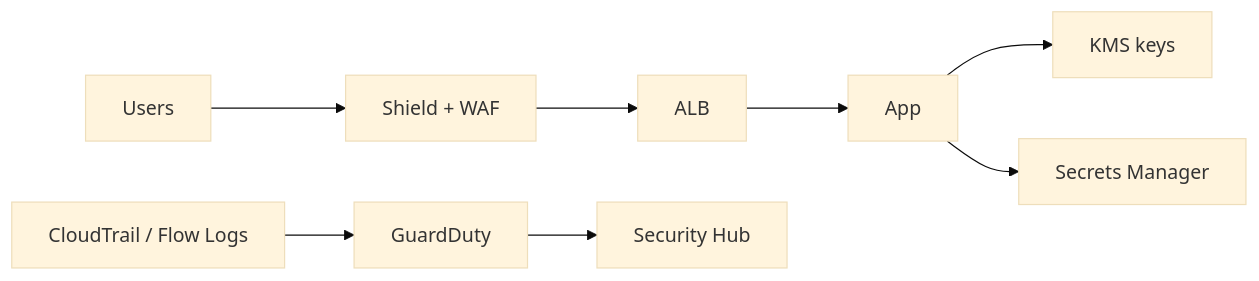
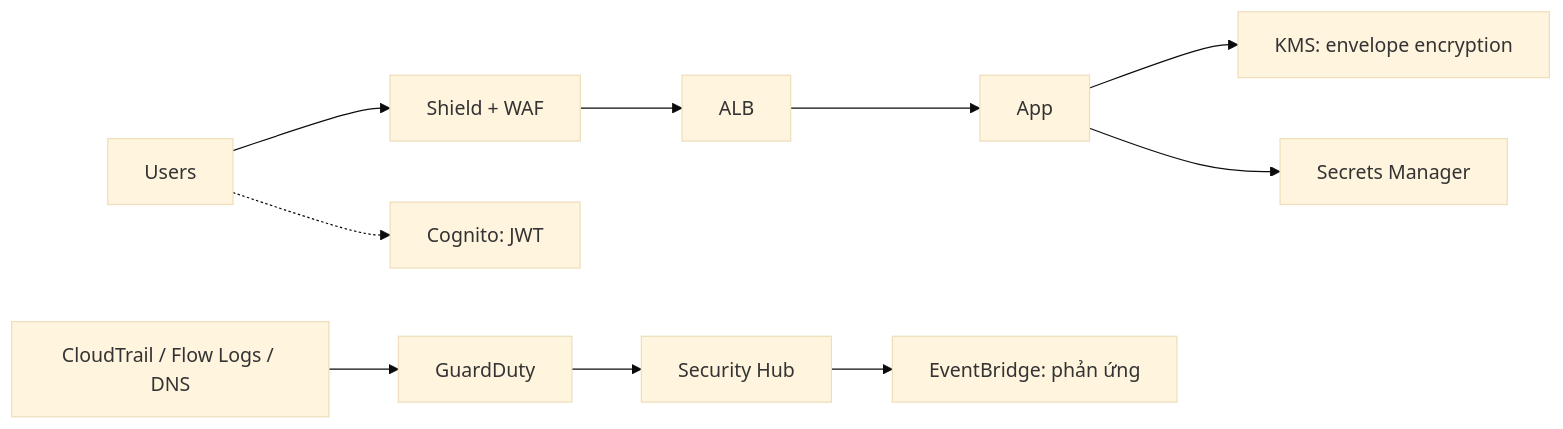
Before and after one commit to passion-Infinity/personal-tech-playbook: the diagram in src/assets/knowledge/playbooks/aws/aws-security-services.md, drawn with Mermaid (base theme). The commit also changed other lines of this file and 6 other files, not shown here.

````diff
--- a/src/assets/knowledge/playbooks/aws/aws-security-services.md
+++ b/src/assets/knowledge/playbooks/aws/aws-security-services.md
@@ -16,7 +34,8 @@
 ```mermaid
 flowchart LR
     U[Users] --> SH["Shield + WAF"] --> ALB --> APP[App]
-    APP --> KMS["KMS keys"]
+    APP --> KMS["KMS: envelope encryption"]
     APP --> SM["Secrets Manager"]
-    CT["CloudTrail / Flow Logs"] --> GD[GuardDuty] --> SEC["Security Hub"]
+    CT["CloudTrail / Flow Logs / DNS"] --> GD[GuardDuty] --> SEC["Security Hub"] --> EB["EventBridge: phản ứng"]
+    U -.-> COG["Cognito: JWT"]
 ```
````
